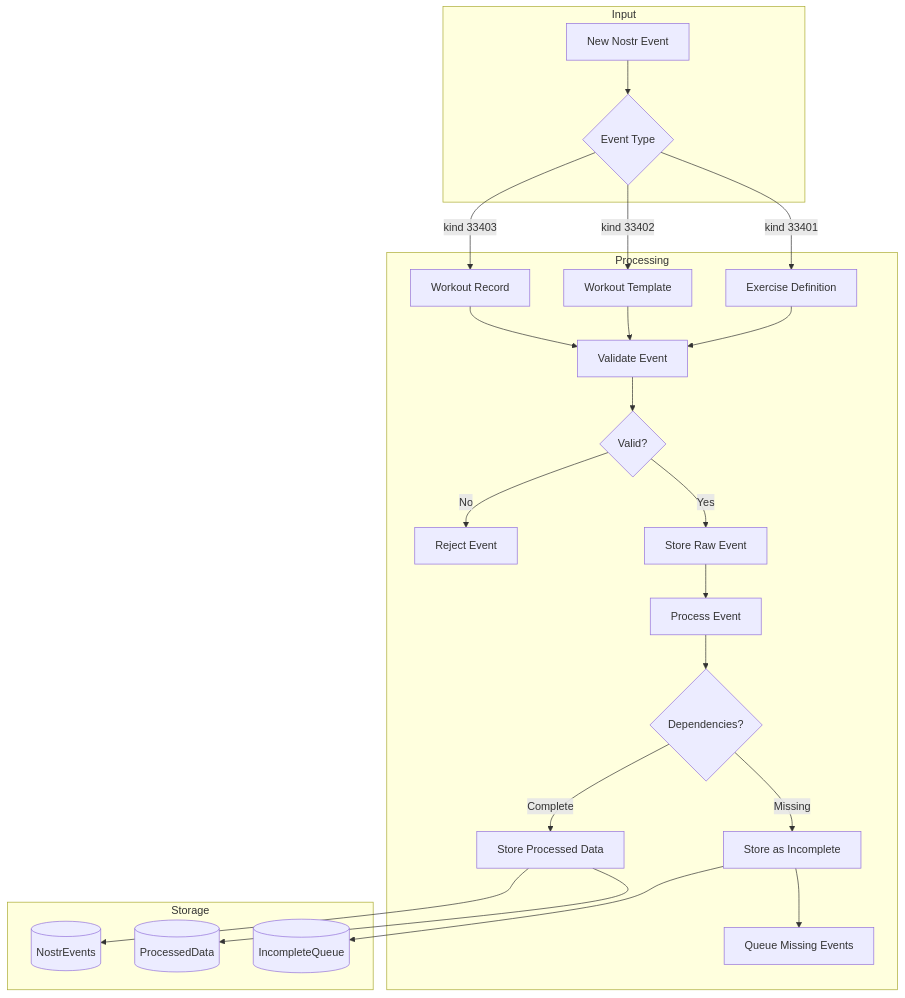
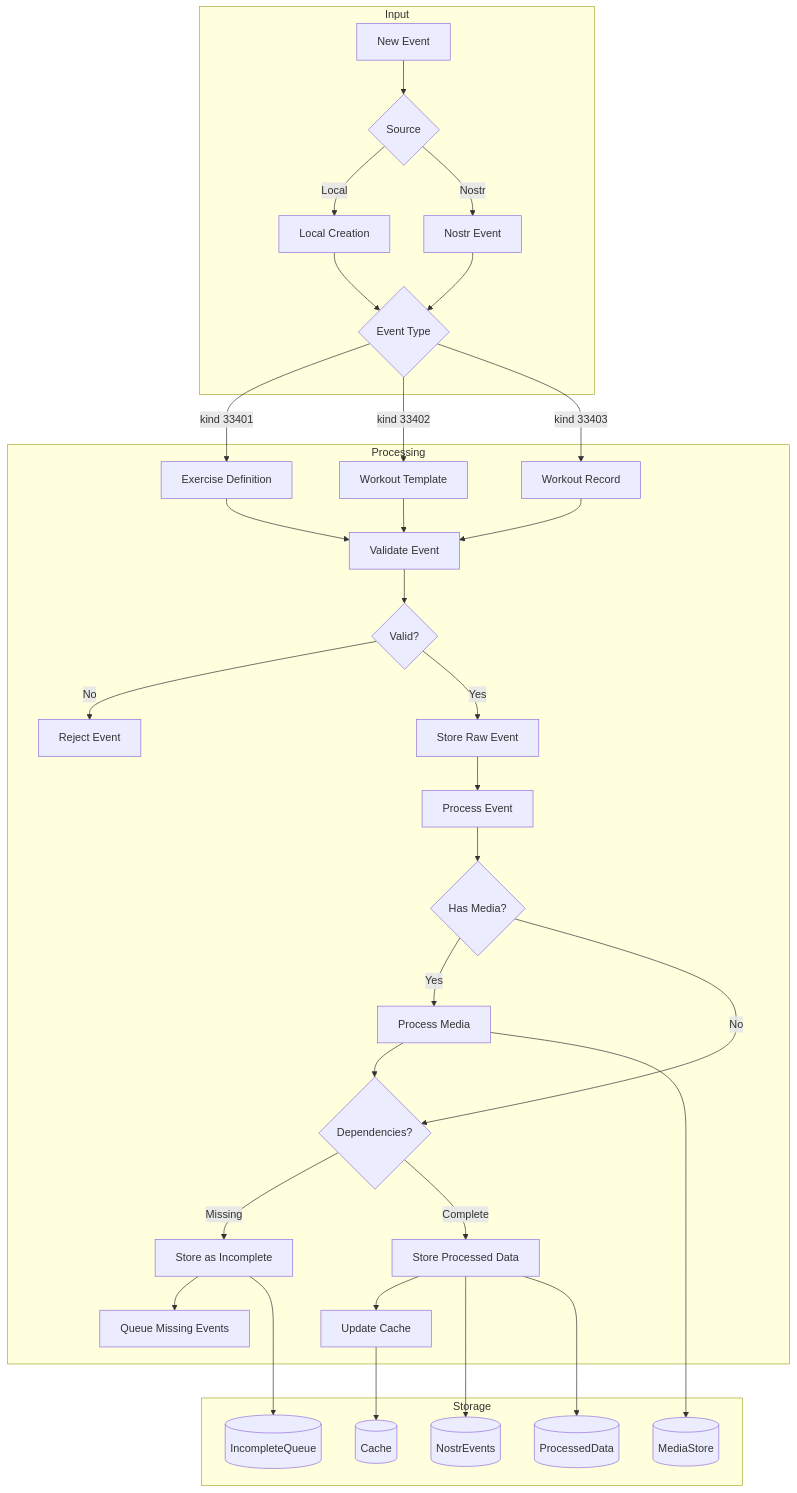
The second of 4 diagrams in docs/design/database_architecture.md (DocNR/POWR), drawn with Mermaid before and after one commit. The commit also changed other lines of this file and 1 other file, not shown here.

````diff
--- a/docs/design/database_architecture.md
+++ b/docs/design/database_architecture.md
@@ -56,34 +82,45 @@
 ```mermaid
 flowchart TB
     subgraph Input
-        A[New Nostr Event] --> B{Event Type}
+        A[New Event] --> B{Source}
+        B -->|Local| C[Local Creation]
+        B -->|Nostr| D[Nostr Event]
+        C --> E{Event Type}
+        D --> E
     end
     
-    B -->|kind 33401| C[Exercise Definition]
-    B -->|kind 33402| D[Workout Template]
-    B -->|kind 33403| E[Workout Record]
+    E -->|kind 33401| F[Exercise Definition]
+    E -->|kind 33402| G[Workout Template]
+    E -->|kind 33403| H[Workout Record]
     
     subgraph Processing
-        C --> F[Validate Event]
-        D --> F
-        E --> F
+        F --> I[Validate Event]
+        G --> I
+        H --> I
         
-        F --> G{Valid?}
-        G -->|No| H[Reject Event]
-        G -->|Yes| I[Store Raw Event]
+        I --> J{Valid?}
+        J -->|No| K[Reject Event]
+        J -->|Yes| L[Store Raw Event]
         
-        I --> J[Process Event]
-        J --> K{Dependencies?}
+        L --> M[Process Event]
+        M --> N{Has Media?}
         
-        K -->|Missing| L[Store as Incomplete]
-        K -->|Complete| M[Store Processed Data]
+        N -->|Yes| O[Process Media]
+        N -->|No| P{Dependencies?}
+        O --> P
         
-        L --> N[Queue Missing Events]
+        P -->|Missing| Q[Store as Incomplete]
+        P -->|Complete| R[Store Processed Data]
+        
+        Q --> S[Queue Missing Events]
+        R --> T[Update Cache]
     end
     
     subgraph Storage
-        M --> O[(NostrEvents)]
-        M --> P[(ProcessedData)]
-        L --> Q[(IncompleteQueue)]
+        R --> U[(NostrEvents)]
+        R --> V[(ProcessedData)]
+        O --> W[(MediaStore)]
+        T --> X[(Cache)]
+        Q --> Y[(IncompleteQueue)]
     end
 ```
````
